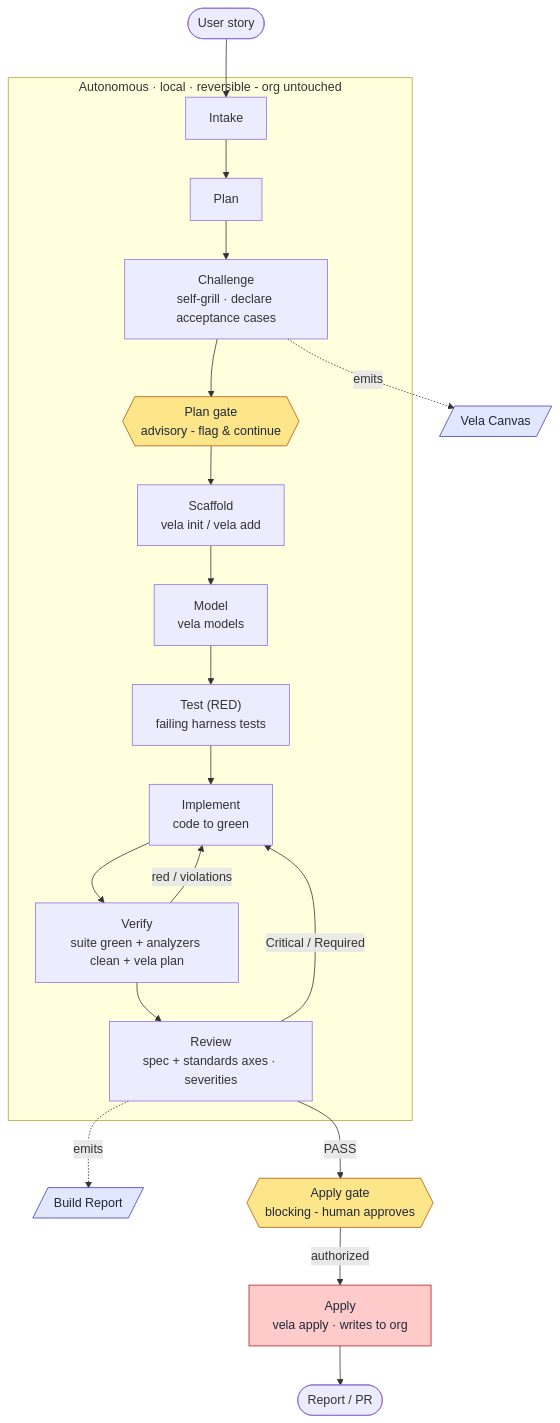
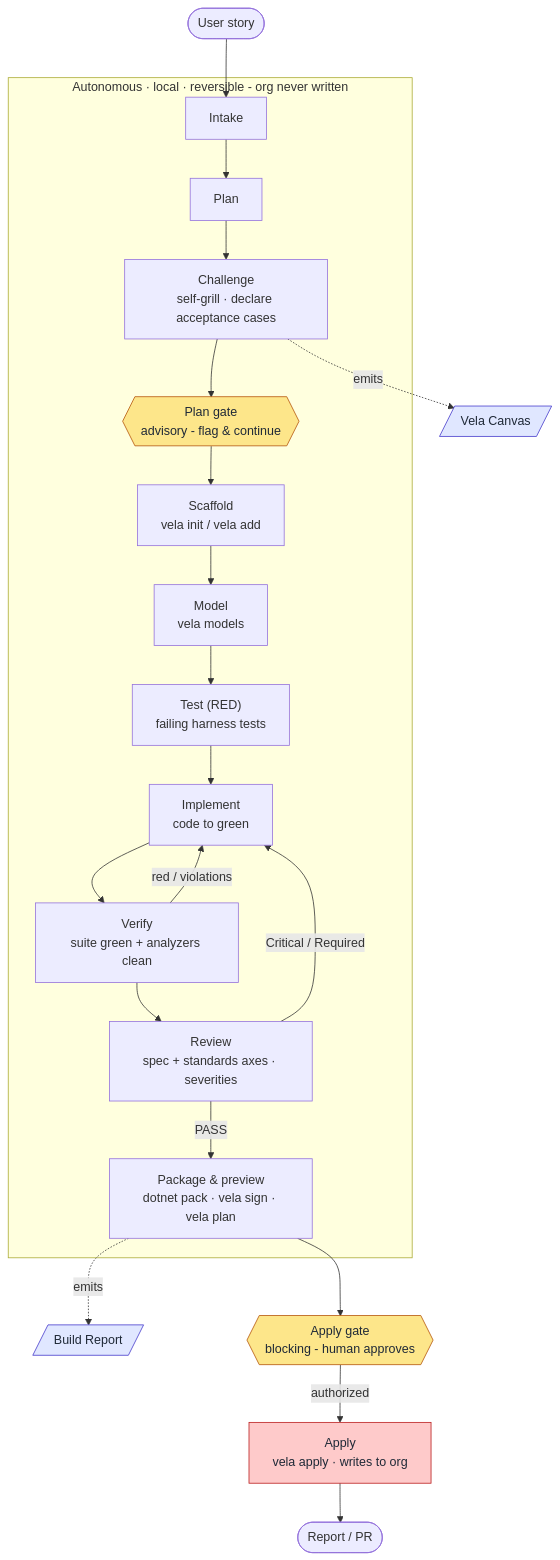
The diagram in README.md (allandecastro/vela-agentic), drawn with Mermaid before and after one commit. The commit also changed other lines of this file and 17 other files, not shown here.

First line of the commit message:
fix(loop): preview the final package after review; resolve the builder's contradictions

````diff
--- a/README.md
+++ b/README.md
@@ -54,40 +55,42 @@
 ```mermaid
 flowchart TD
     US([User story]) --> I[Intake]
     I --> P[Plan]
     P --> C["Challenge<br/>self-grill · declare acceptance cases"]
     C -. emits .-> PA[/"Vela Canvas"/]
     C --> G1{{"Plan gate<br/>advisory - flag &amp; continue"}}
     G1 --> S["Scaffold<br/>vela init / vela add"]
     S --> M["Model<br/>vela models"]
     M --> T["Test (RED)<br/>failing harness tests"]
     T --> IM["Implement<br/>code to green"]
-    IM --> V["Verify<br/>suite green + analyzers clean + vela plan"]
+    IM --> V["Verify<br/>suite green + analyzers clean"]
     V -->|red / violations| IM
     V --> RV["Review<br/>spec + standards axes · severities"]
     RV -->|Critical / Required| IM
-    RV -. emits .-> BR[/"Build Report"/]
-    RV -->|PASS| G2{{"Apply gate<br/>blocking - human approves"}}
+    PV -. emits .-> BR[/"Build Report"/]
+    RV -->|PASS| PV["Package &amp; preview<br/>dotnet pack · vela sign · vela plan"]
+    PV --> G2{{"Apply gate<br/>blocking - human approves"}}
     G2 -->|authorized| AP["Apply<br/>vela apply · writes to org"]
     AP --> R([Report / PR])
 
-    subgraph LOCAL ["Autonomous · local · reversible - org untouched"]
+    subgraph LOCAL ["Autonomous · local · reversible - org never written"]
         I
         P
         C
         G1
         S
         M
         T
         IM
         V
         RV
+        PV
     end
 
     classDef gate fill:#fde68a,stroke:#b45309,color:#1f2937;
     classDef org fill:#fecaca,stroke:#b91c1c,color:#1f2937;
     classDef art fill:#e0e7ff,stroke:#4338ca,color:#1f2937;
     class G1,G2 gate
     class AP org
     class PA,BR art
 ```
````
